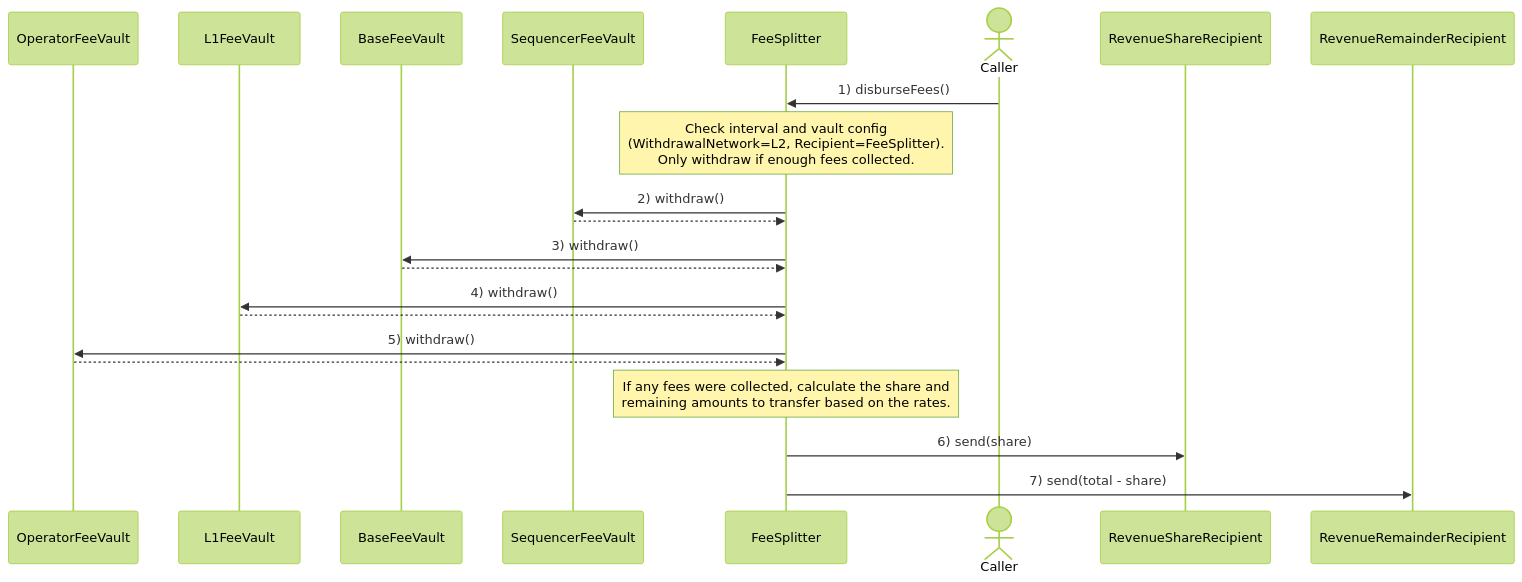
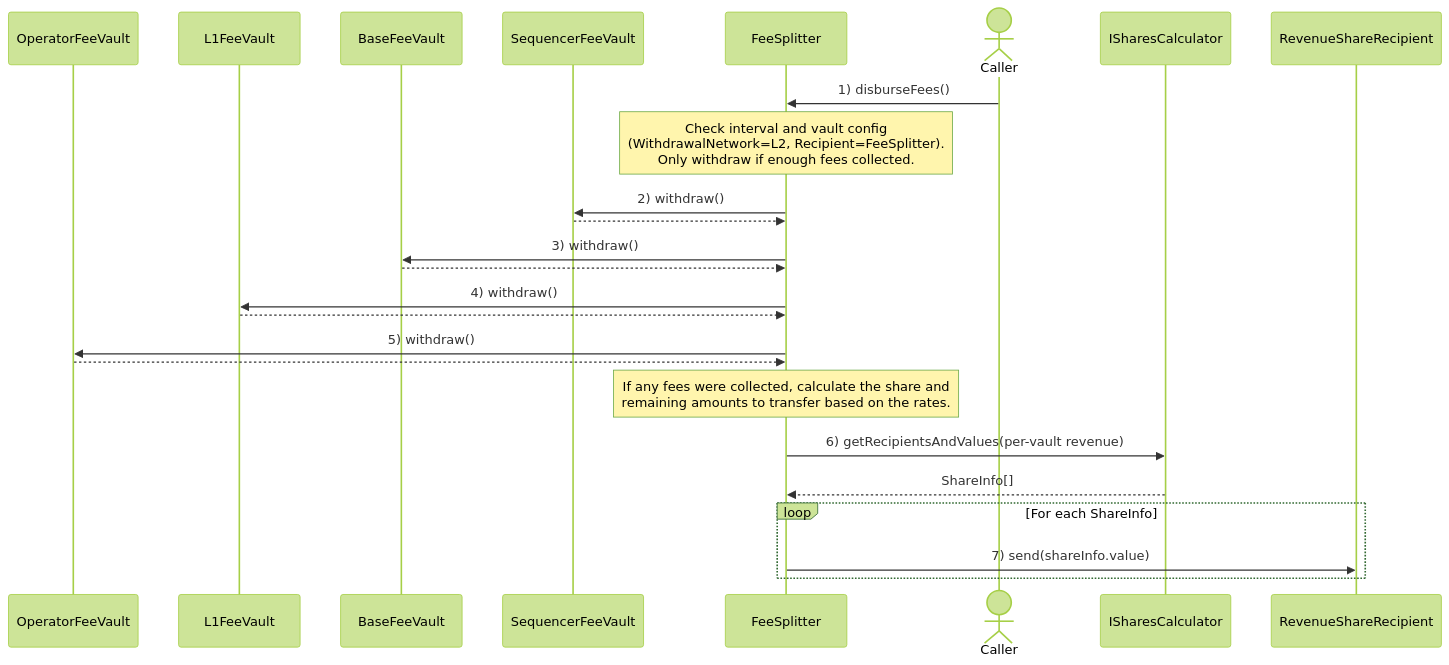
The diagram in specs/protocol/jovian/predeploys.md (defi-wonderland/specs), drawn with Mermaid (forest theme) before and after one commit. The commit also changed other lines of this file, not shown here.

Commit message:
feat: update mermaid

````diff
--- a/specs/protocol/jovian/predeploys.md
+++ b/specs/protocol/jovian/predeploys.md
@@ -59,35 +59,37 @@
 ```mermaid
 sequenceDiagram
 
     participant OperatorFeeVault
     participant L1FeeVault
     participant BaseFeeVault
     participant SequencerFeeVault
     participant FeeSplitter
     actor Caller
+    participant ISharesCalculator
     participant RevenueShareRecipient
-    participant RevenueRemainderRecipient
-
-
 
     Caller ->> FeeSplitter: 1) disburseFees()
 
     Note over FeeSplitter: Check interval and vault config <br> (WithdrawalNetwork=L2, Recipient=FeeSplitter). <br/>Only withdraw if enough fees collected.
 
     FeeSplitter ->> SequencerFeeVault: 2) withdraw()
     SequencerFeeVault -->> FeeSplitter:
 
     FeeSplitter ->> BaseFeeVault: 3) withdraw()
     BaseFeeVault -->> FeeSplitter:
 
     FeeSplitter ->> L1FeeVault: 4) withdraw()
     L1FeeVault -->> FeeSplitter:
 
     FeeSplitter ->> OperatorFeeVault: 5) withdraw()
     OperatorFeeVault -->> FeeSplitter:
 
     Note over FeeSplitter: If any fees were collected, calculate the share and <br> remaining amounts to transfer based on the rates.
 
-    FeeSplitter ->> RevenueShareRecipient: 6) send(share)
-    FeeSplitter ->> RevenueRemainderRecipient: 7) send(total - share)
+    FeeSplitter ->> ISharesCalculator: 6) getRecipientsAndValues(per-vault revenue)
+    ISharesCalculator -->> FeeSplitter: ShareInfo[]
+
+    loop For each ShareInfo
+        FeeSplitter ->> RevenueShareRecipient: 7) send(shareInfo.value)
+    end
 ```
````
